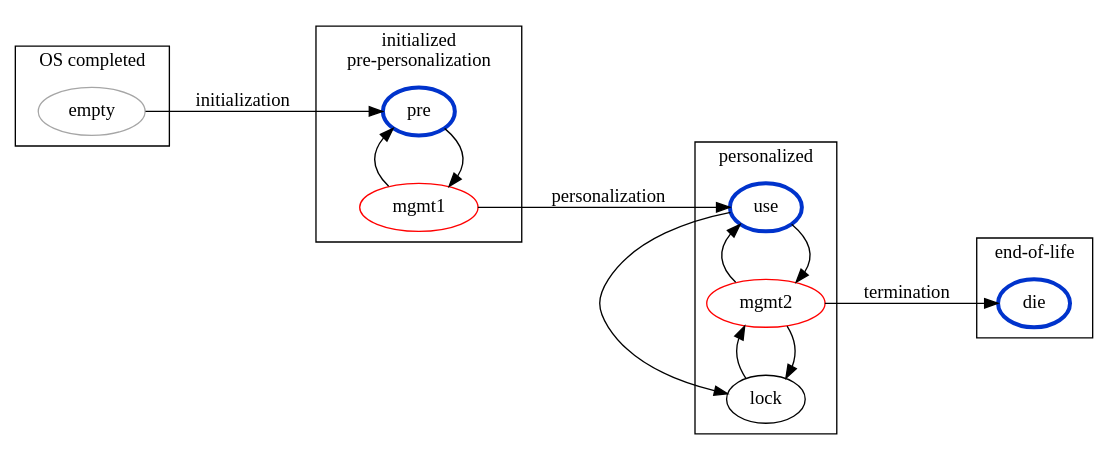
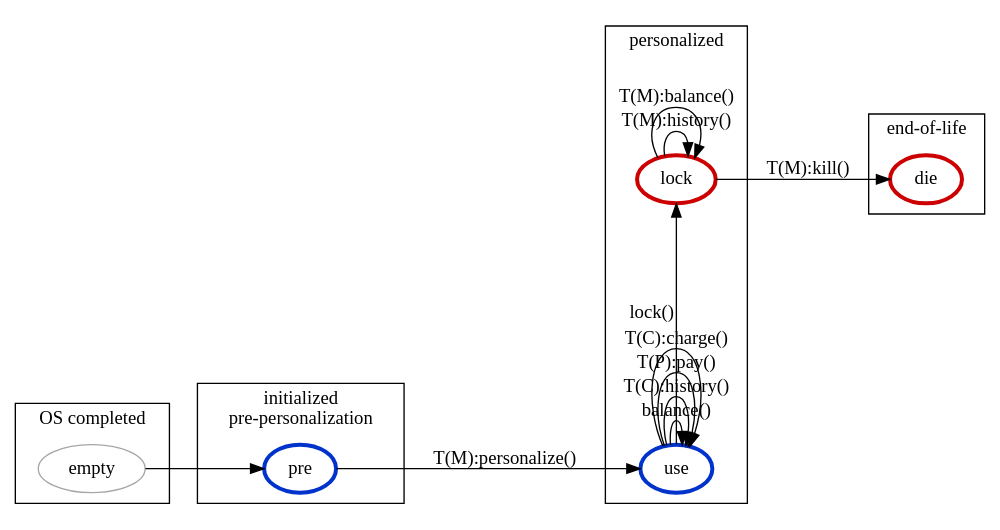
The diagram in design/life-cycle-phases.dot (ru2018ewallet/documentation), drawn with Graphviz before and after one commit.

Commit message:
update lifecycle phase machine

```diff
--- a/design/life-cycle-phases.dot
+++ b/design/life-cycle-phases.dot
@@ -1,59 +1,55 @@
 digraph {
   rankdir="LR"
   newrank="true"
+
+#// personalize: generate keys
   
-  // empty:: before we get the card; the operating system is installed
-  // pre:: pre-personalization; our applet is already installed
-  // use:: personalization took place, the card has an 'owner'
-  // die:: the card can not be used further
-  // mgmt?:: management states which can only be reached by a special terminal
-  // lock:: maybe it should be posible to lock the functionality.
-  // Question:: Shall un-locking be possible?
-  // Question:: Shall the user be able to initialize EOL?
-  
-  empty -> pre [label="initialization"]
-  pre -> mgmt1
-  mgmt1 -> pre; mgmt1 -> use [label="personalization"]; 
-  use -> {mgmt2 lock}
-  mgmt2 -> {use lock}; mgmt2 -> die [label="termination"];
-  lock -> mgmt2
+  empty -> pre
+  pre -> use [label="T(M):personalize()"]
+
+  use -> lock [label="lock()\n\n"]
+  use -> use [label="balance()"]
+  use -> use [label="T(C):history()"]
+  use -> use [label="T(P):pay()"]
+  use -> use [label="T(C):charge()"]
+
+  lock -> lock [label="T(M):history()"]
+  lock -> lock [label="T(M):balance()"]
+  lock -> die [label="T(M):kill()"]
 
   empty [color="#a6a6a6"]
-  mgmt1 [color="#ff0000"]
-  mgmt2 [color="#ff0000"]
   pre [color="#0033cc",penwidth=3]
   use [color="#0033cc",penwidth=3]
-  die [color="#0033cc",penwidth=3]
+  lock [color="#cc0000",penwidth=3]
+  die [color="#cc0000",penwidth=3]
 
   subgraph cluster_0 {
     label="OS completed"
     rank="same"
     rankdir="TB"
     empty
   }
 
   subgraph cluster_1 {
     label="initialized\npre-personalization"
     rank="same"
     rankdir="TB"
     pre
-    mgmt1
   }
 
   subgraph cluster_2 {
     label="personalized"
     rank="same"
     rankdir="TB"
     use
-    mgmt2
     lock
   }
 
   subgraph cluster_3 {
     label="end-of-life"
     rank="same"
     rankdir="TB"
     die
   }
 
 }
```
